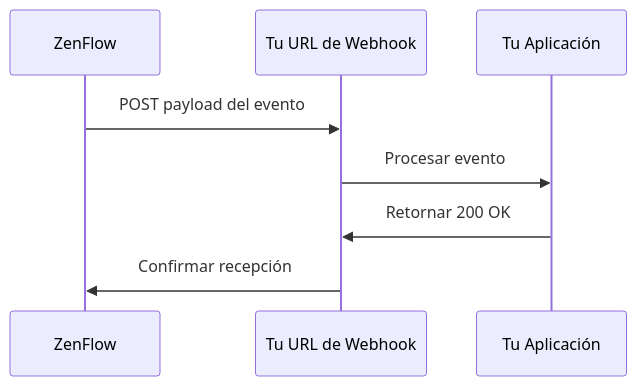
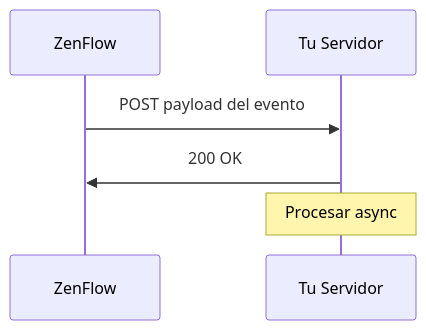
Before and after one commit to facumartinn/mintlify-docs: the diagram in es/guides/webhooks.mdx, drawn with Mermaid. The commit also changed other lines of this file and 6 other files, not shown here.

````diff
--- a/es/guides/webhooks.mdx
+++ b/es/guides/webhooks.mdx
@@ -12,11 +12,9 @@
 ```mermaid
 sequenceDiagram
     participant ZF as ZenFlow
-    participant WH as Tu URL de Webhook
-    participant App as Tu Aplicación
+    participant WH as Tu Servidor
 
     ZF->>WH: POST payload del evento
-    WH->>App: Procesar evento
-    App->>WH: Retornar 200 OK
-    WH->>ZF: Confirmar recepción
+    WH->>ZF: 200 OK
+    Note over WH: Procesar async
 ```
````
